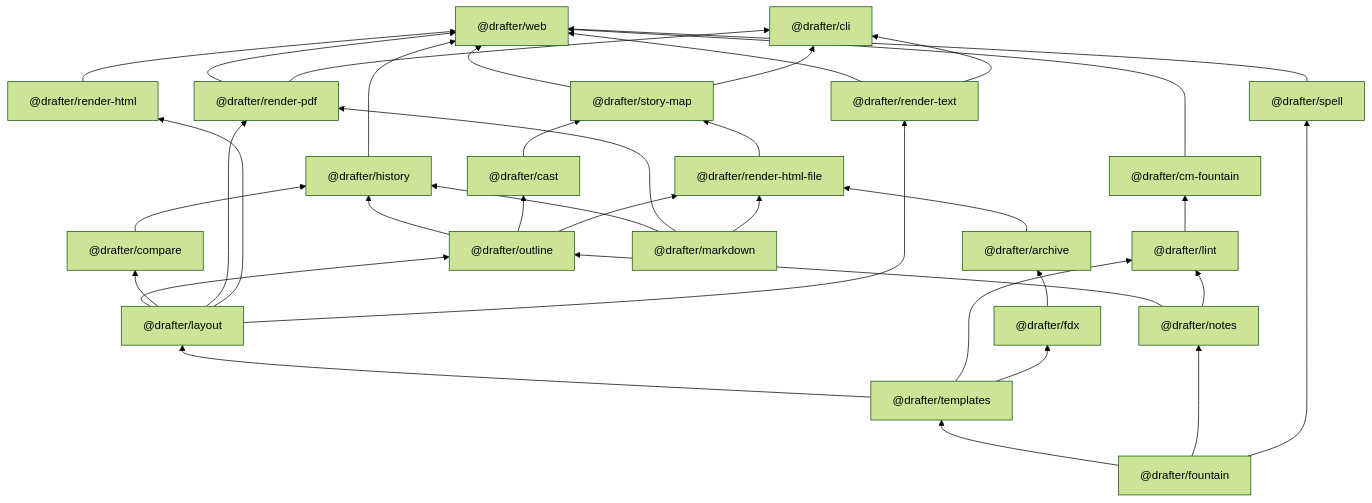
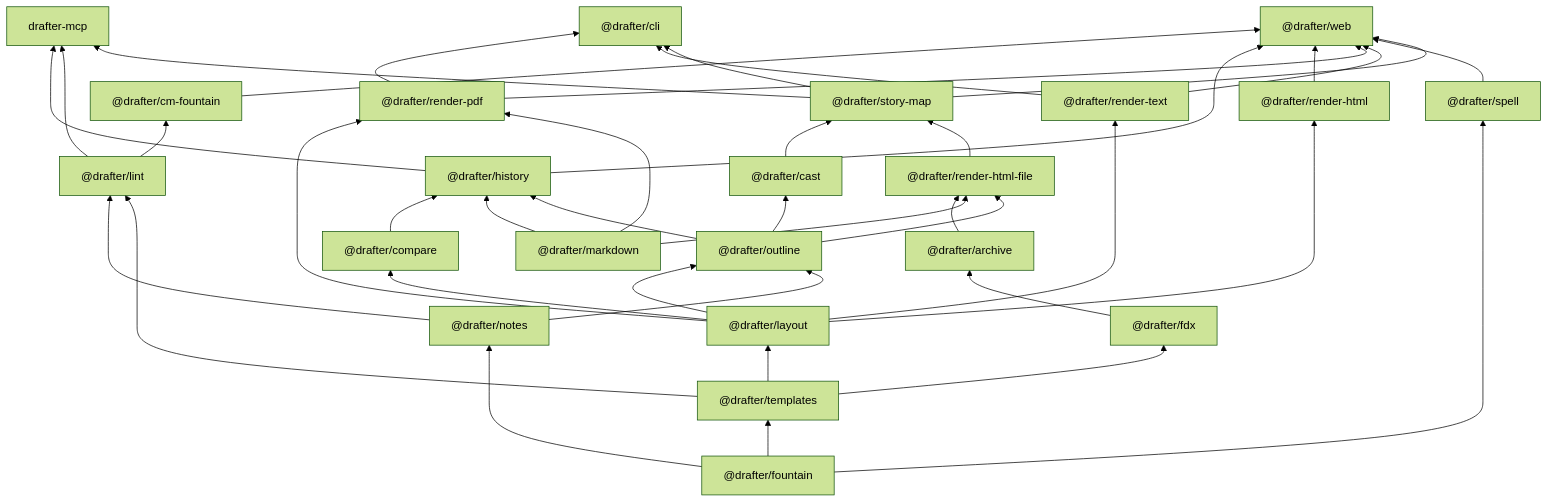
Before and after one commit to cschweda/drafter: the first of 5 diagrams in docs/technical-details.md, drawn with Mermaid (forest theme). The commit also changed other lines of this file and 33 other files, not shown here.

````diff
--- a/docs/technical-details.md
+++ b/docs/technical-details.md
@@ -37,59 +37,63 @@
 ```mermaid
 flowchart BT
   web["@drafter/web"]
   cli["@drafter/cli"]
+  drafter_mcp["drafter-mcp"]
   cm_fountain["@drafter/cm-fountain"]
   outline["@drafter/outline"]
   compare["@drafter/compare"]
   history["@drafter/history"]
   cast["@drafter/cast"]
   story_map["@drafter/story-map"]
   render_pdf["@drafter/render-pdf"]
   render_html["@drafter/render-html"]
   render_html_file["@drafter/render-html-file"]
   render_text["@drafter/render-text"]
   layout["@drafter/layout"]
   lint["@drafter/lint"]
   fdx["@drafter/fdx"]
   archive["@drafter/archive"]
   templates["@drafter/templates"]
   notes["@drafter/notes"]
   spell["@drafter/spell"]
   markdown["@drafter/markdown"]
   fountain["@drafter/fountain"]
   cm_fountain --> web
   history --> web
   render_html --> web
   render_pdf --> web
   render_text --> web
   spell --> web
   story_map --> web
   render_pdf --> cli
   render_text --> cli
   story_map --> cli
+  history --> drafter_mcp
+  lint --> drafter_mcp
+  story_map --> drafter_mcp
   lint --> cm_fountain
   layout --> outline
   notes --> outline
   layout --> compare
   compare --> history
   markdown --> history
   outline --> history
   outline --> cast
   cast --> story_map
   render_html_file --> story_map
   layout --> render_pdf
   markdown --> render_pdf
   layout --> render_html
   archive --> render_html_file
   markdown --> render_html_file
   outline --> render_html_file
   layout --> render_text
   templates --> layout
   notes --> lint
   templates --> lint
   templates --> fdx
   fdx --> archive
   fountain --> templates
   fountain --> notes
   fountain --> spell
 ```
````
